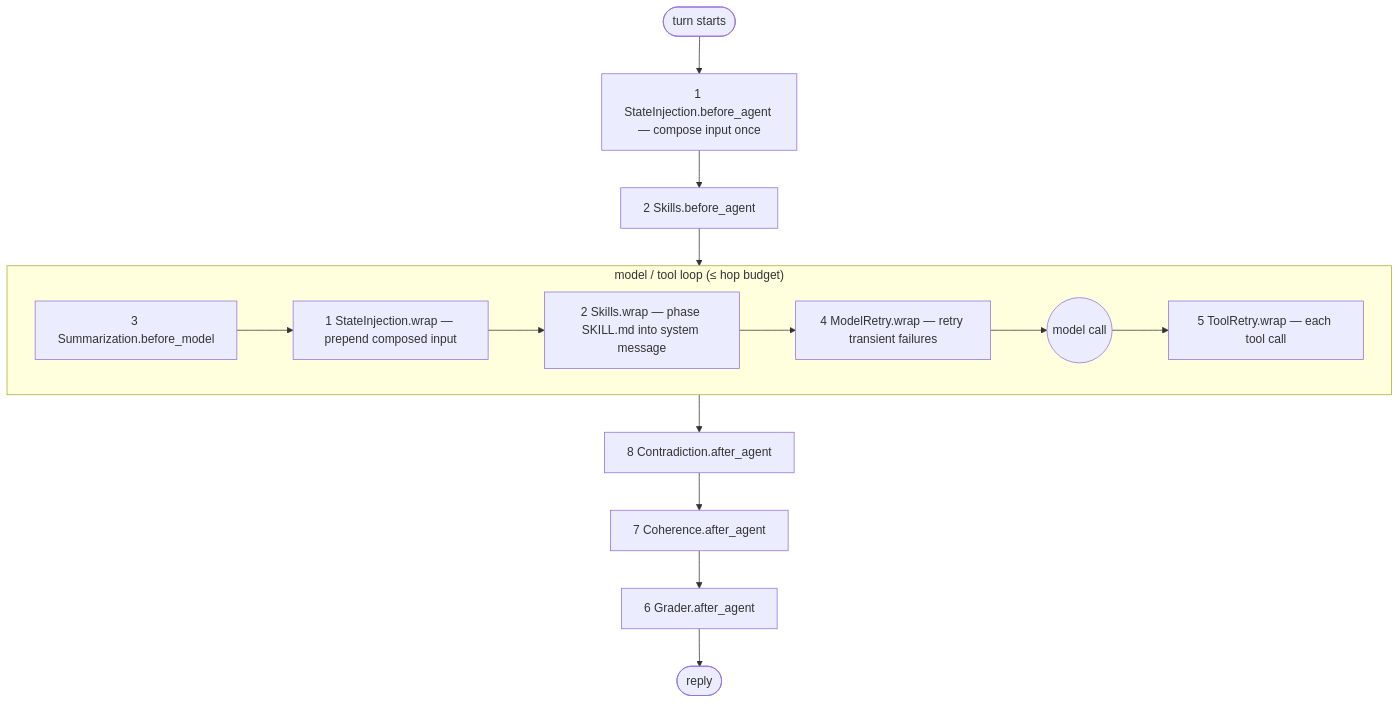
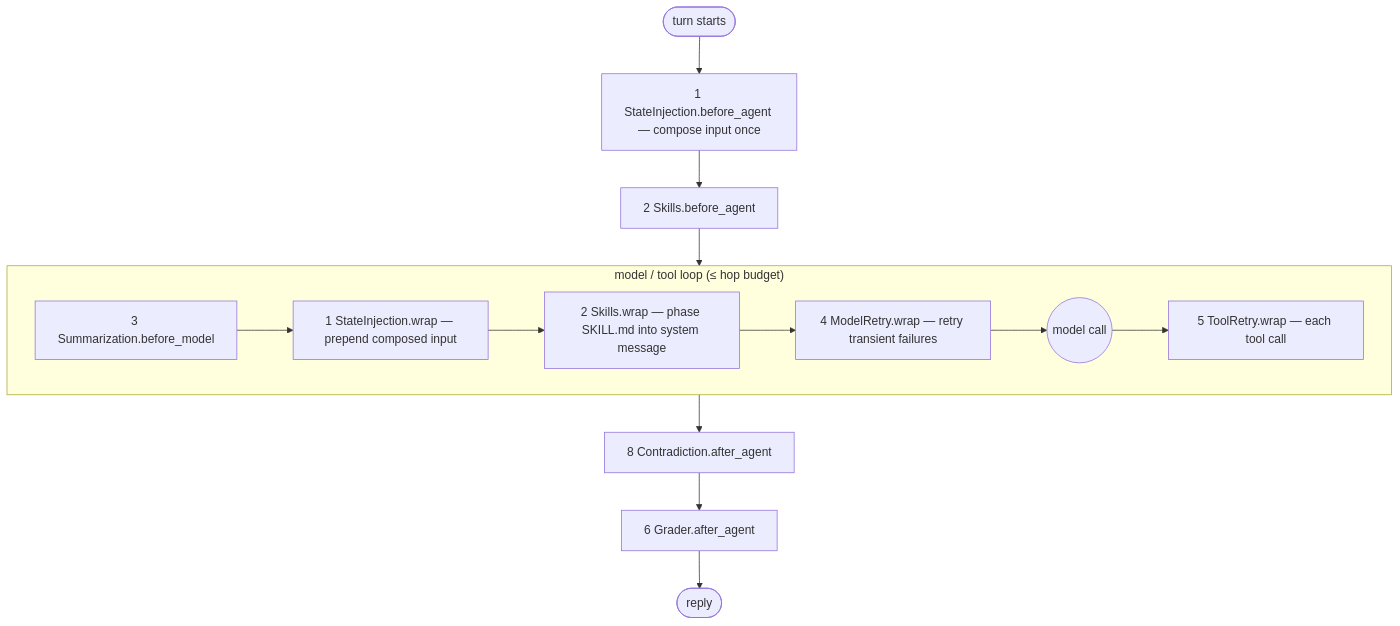
The ninth of 9 diagrams in agent-improve/ARCHITECTURE.md (vpangalis/agentlean), drawn with Mermaid before and after one commit. The commit also changed other lines of this file and 50 other files, not shown here.

````diff
--- a/agent-improve/ARCHITECTURE.md
+++ b/agent-improve/ARCHITECTURE.md
@@ -393,17 +393,16 @@
 ```mermaid
 flowchart TB
   in(["turn starts"]) --> b1["1 StateInjection.before_agent — compose input once"]
   b1 --> b2["2 Skills.before_agent"]
   b2 --> loop
   subgraph loop["model / tool loop (≤ hop budget)"]
     s3["3 Summarization.before_model"] --> w1["1 StateInjection.wrap — prepend composed input"]
     w1 --> w2["2 Skills.wrap — phase SKILL.md into system message"]
     w2 --> w4["4 ModelRetry.wrap — retry transient failures"]
     w4 --> m(("model call"))
     m --> t5["5 ToolRetry.wrap — each tool call"]
   end
   loop --> a8["8 Contradiction.after_agent"]
-  a8 --> a7["7 Coherence.after_agent"]
-  a7 --> a6["6 Grader.after_agent"]
+  a8 --> a6["6 Grader.after_agent"]
   a6 --> out(["reply"])
 ```
````
